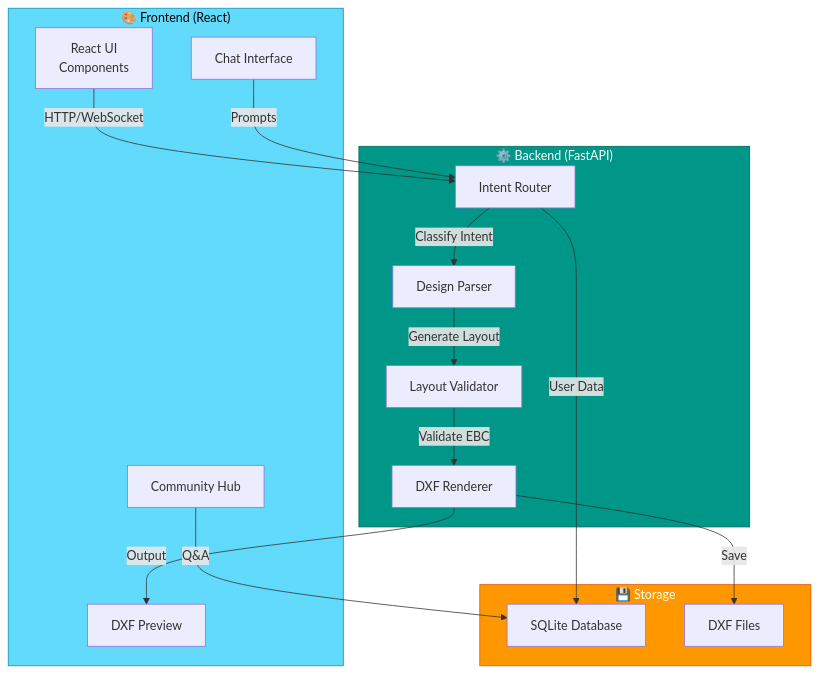
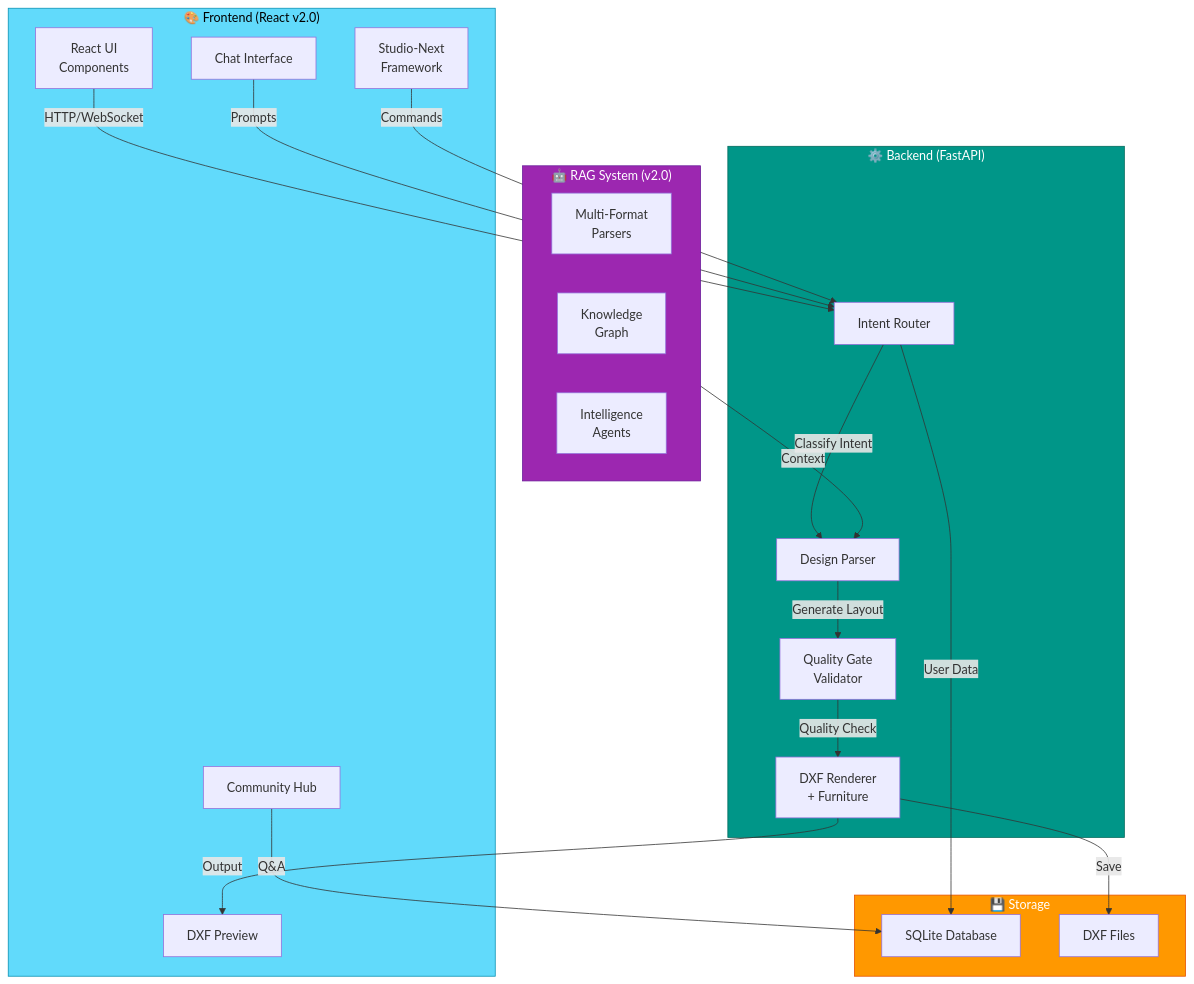
The second of 5 diagrams in README.md (Youssefx64/CadArena), drawn with Mermaid before and after one commit. The commit also changed other lines of this file, not shown here.

````diff
--- a/README.md
+++ b/README.md
@@ -72,35 +84,45 @@
 ```mermaid
 graph TB
-    subgraph Frontend["🎨 Frontend (React)"]
+    subgraph Frontend["🎨 Frontend (React v2.0)"]
         UI["React UI<br/>Components"]
         Chat["Chat Interface"]
         Preview["DXF Preview"]
         Community["Community Hub"]
+        Studio["Studio-Next<br/>Framework"]
     end
     
     subgraph Backend["⚙️ Backend (FastAPI)"]
         Router["Intent Router"]
         Parser["Design Parser"]
-        Validator["Layout Validator"]
-        Renderer["DXF Renderer"]
+        Validator["Quality Gate<br/>Validator"]
+        Renderer["DXF Renderer<br/>+ Furniture"]
+    end
+    
+    subgraph RAG["🤖 RAG System (v2.0)"]
+        Parsers["Multi-Format<br/>Parsers"]
+        KG["Knowledge<br/>Graph"]
+        Agents["Intelligence<br/>Agents"]
     end
     
     subgraph Storage["💾 Storage"]
         DB["SQLite Database"]
         Files["DXF Files"]
     end
     
     UI -->|HTTP/WebSocket| Router
     Chat -->|Prompts| Router
+    Studio -->|Commands| Router
     Router -->|Classify Intent| Parser
     Parser -->|Generate Layout| Validator
-    Validator -->|Validate EBC| Renderer
+    Validator -->|Quality Check| Renderer
     Renderer -->|Output| Preview
     Renderer -->|Save| Files
+    RAG -->|Context| Parser
     Router -->|User Data| DB
     Community -->|Q&A| DB
     
     style Frontend fill:#61dafb,stroke:#0891b2,color:#000
     style Backend fill:#009688,stroke:#00695c,color:#fff
+    style RAG fill:#9c27b0,stroke:#6a1b9a,color:#fff
     style Storage fill:#ff9800,stroke:#e65100,color:#fff
 ```
````
